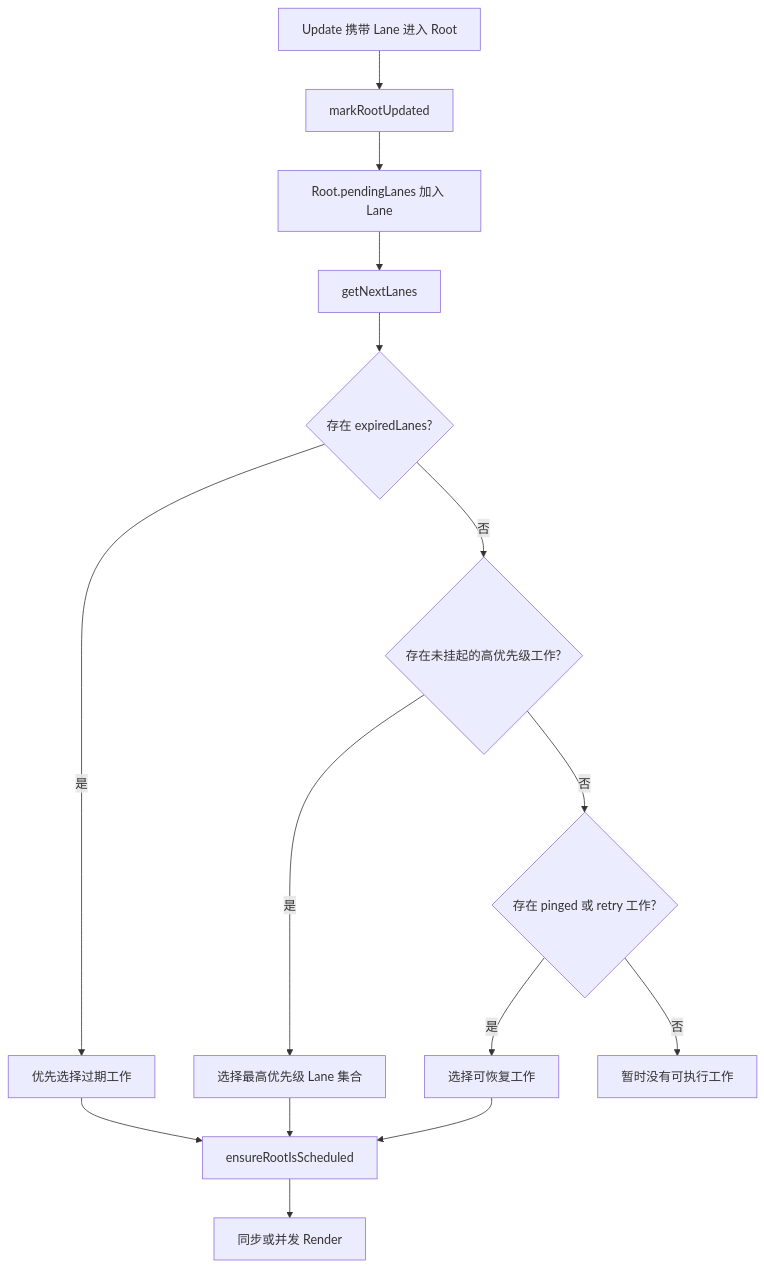
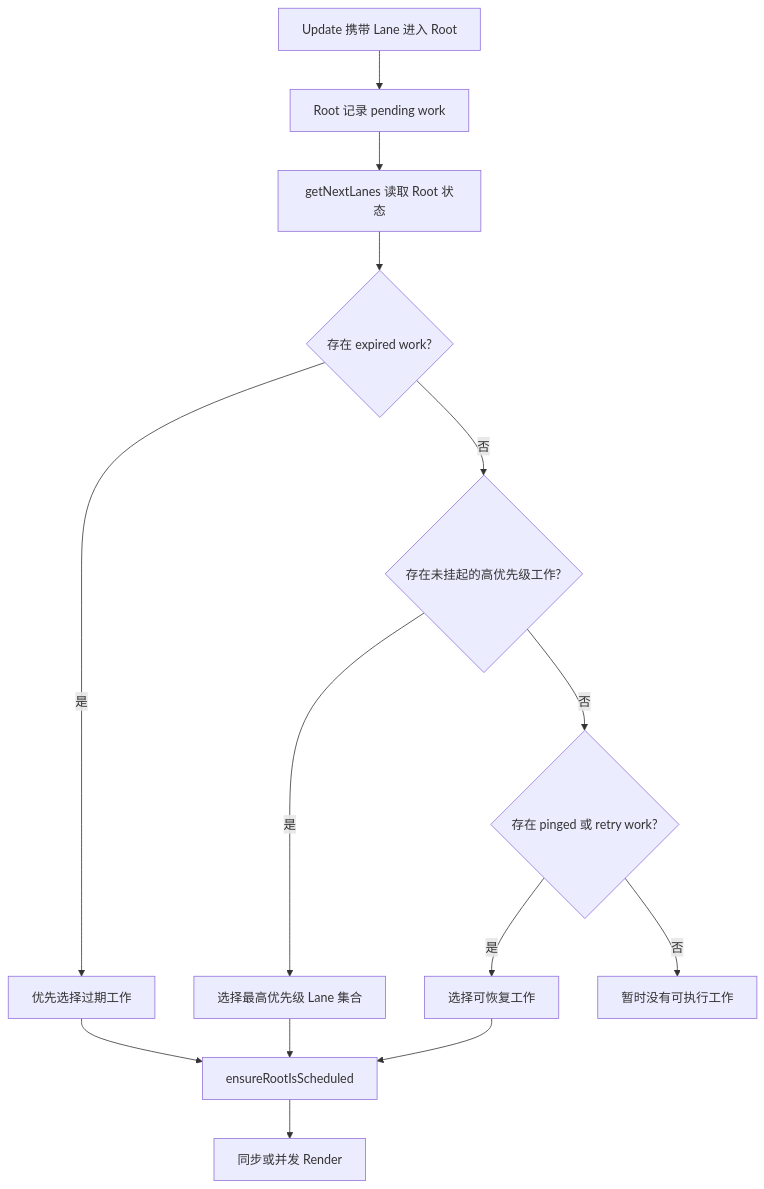
Before and after one commit to thosewhoyoulove/diving-in-react: the diagram in docs/chapters/10-lanes.md, drawn with Mermaid. The commit also changed other lines of this file and 5 other files, not shown here.

Commit message:
docs: clarify React source reading flows

````diff
--- a/docs/chapters/10-lanes.md
+++ b/docs/chapters/10-lanes.md
@@ -1401,17 +1447,16 @@
 ```mermaid
 flowchart TD
-  A[Update 携带 Lane 进入 Root] --> B[markRootUpdated]
-  B --> C[Root.pendingLanes 加入 Lane]
-  C --> D[getNextLanes]
-  D --> E{存在 expiredLanes?}
-  E -->|是| F[优先选择过期工作]
-  E -->|否| G{存在未挂起的高优先级工作?}
-  G -->|是| H[选择最高优先级 Lane 集合]
-  G -->|否| I{存在 pinged 或 retry 工作?}
-  I -->|是| J[选择可恢复工作]
-  I -->|否| K[暂时没有可执行工作]
-  F --> L[ensureRootIsScheduled]
-  H --> L
-  J --> L
-  L --> M[同步或并发 Render]
+  A[Update 携带 Lane 进入 Root] --> B[Root 记录 pending work]
+  B --> C[getNextLanes 读取 Root 状态]
+  C --> D{存在 expired work?}
+  D -->|是| E[优先选择过期工作]
+  D -->|否| F{存在未挂起的高优先级工作?}
+  F -->|是| G[选择最高优先级 Lane 集合]
+  F -->|否| H{存在 pinged 或 retry work?}
+  H -->|是| I[选择可恢复工作]
+  H -->|否| J[暂时没有可执行工作]
+  E --> K[ensureRootIsScheduled]
+  G --> K
+  I --> K
+  K --> L[同步或并发 Render]
 ```
````
